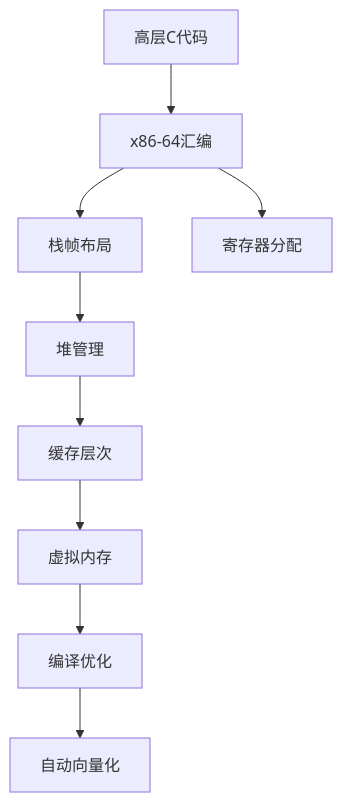
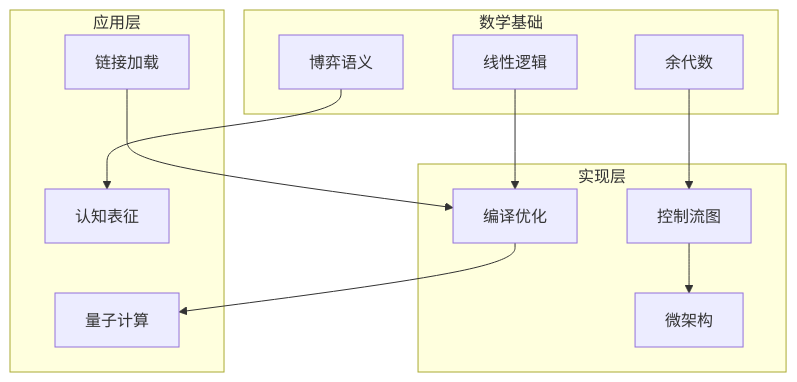
One commit to AdaMartin18010/C_Lang changed the diagram in knowledge/02_Formal_Semantics_and_Physics/README.md. Above: the diagram before and after it, drawn with Mermaid. The commit also changed other lines of this file and 12 other files, not shown here.

````diff
--- a/knowledge/02_Formal_Semantics_and_Physics/README.md
+++ b/knowledge/02_Formal_Semantics_and_Physics/README.md
@@ -65,11 +138,27 @@
 ```mermaid
-graph TD
-    C[高层C代码] --> ASM[x86-64汇编]
-    ASM --> STACK[栈帧布局]
-    ASM --> REG[寄存器分配]
-    STACK --> HEAP[堆管理]
-    HEAP --> CACHE[缓存层次]
-    CACHE --> VM[虚拟内存]
-    VM --> OPT[编译优化]
-    OPT --> VEC[自动向量化]
+graph TB
+    subgraph Mathematical_Foundation[数学基础]
+        Game[博弈语义]
+        Coalgebra[余代数]
+        Linear[线性逻辑]
+    end
+
+    subgraph Implementation[实现层]
+        Compiler[编译优化]
+        CFG[控制流图]
+        Micro[微架构]
+    end
+
+    subgraph Application[应用层]
+        Quantum[量子计算]
+        Cognitive[认知表征]
+        Linking[链接加载]
+    end
+
+    Game --> Cognitive
+    Coalgebra --> CFG
+    Linear --> Compiler
+    CFG --> Micro
+    Compiler --> Quantum
+    Linking --> Compiler
 ```
````
